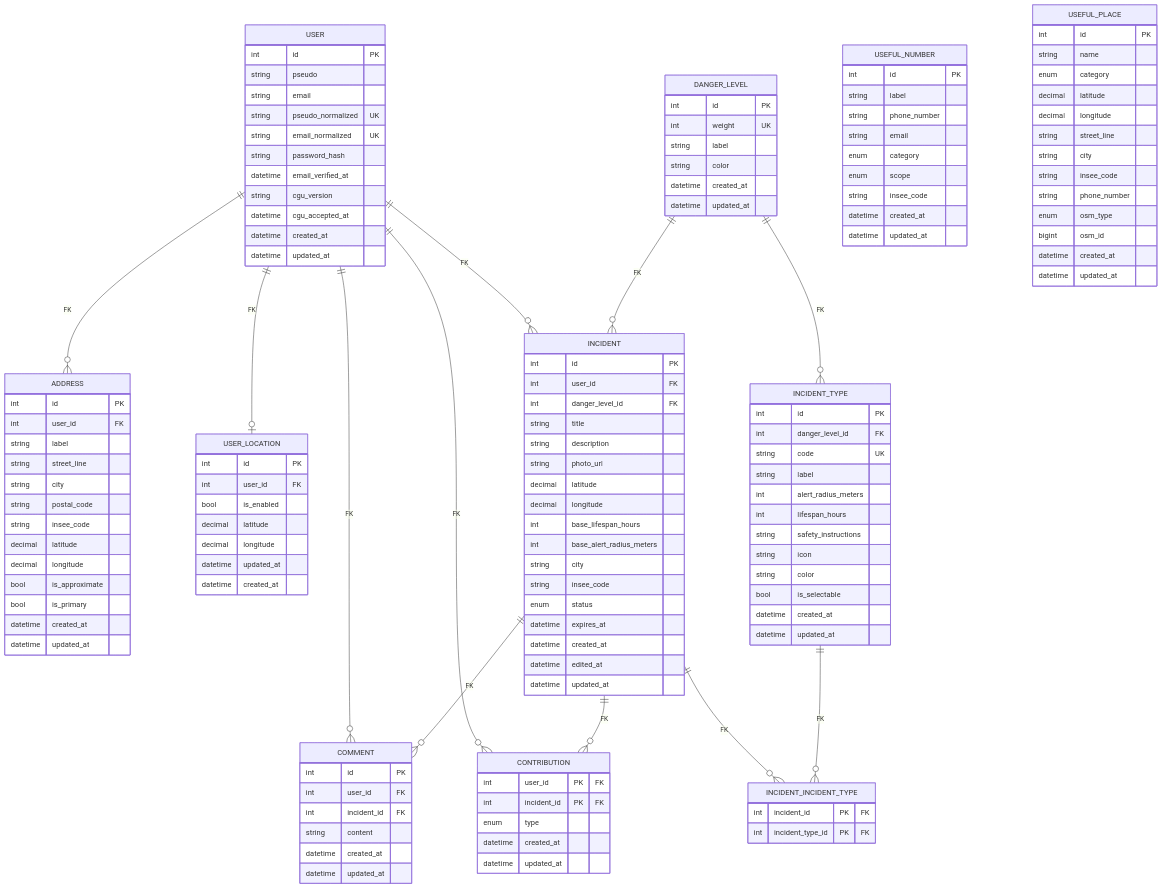
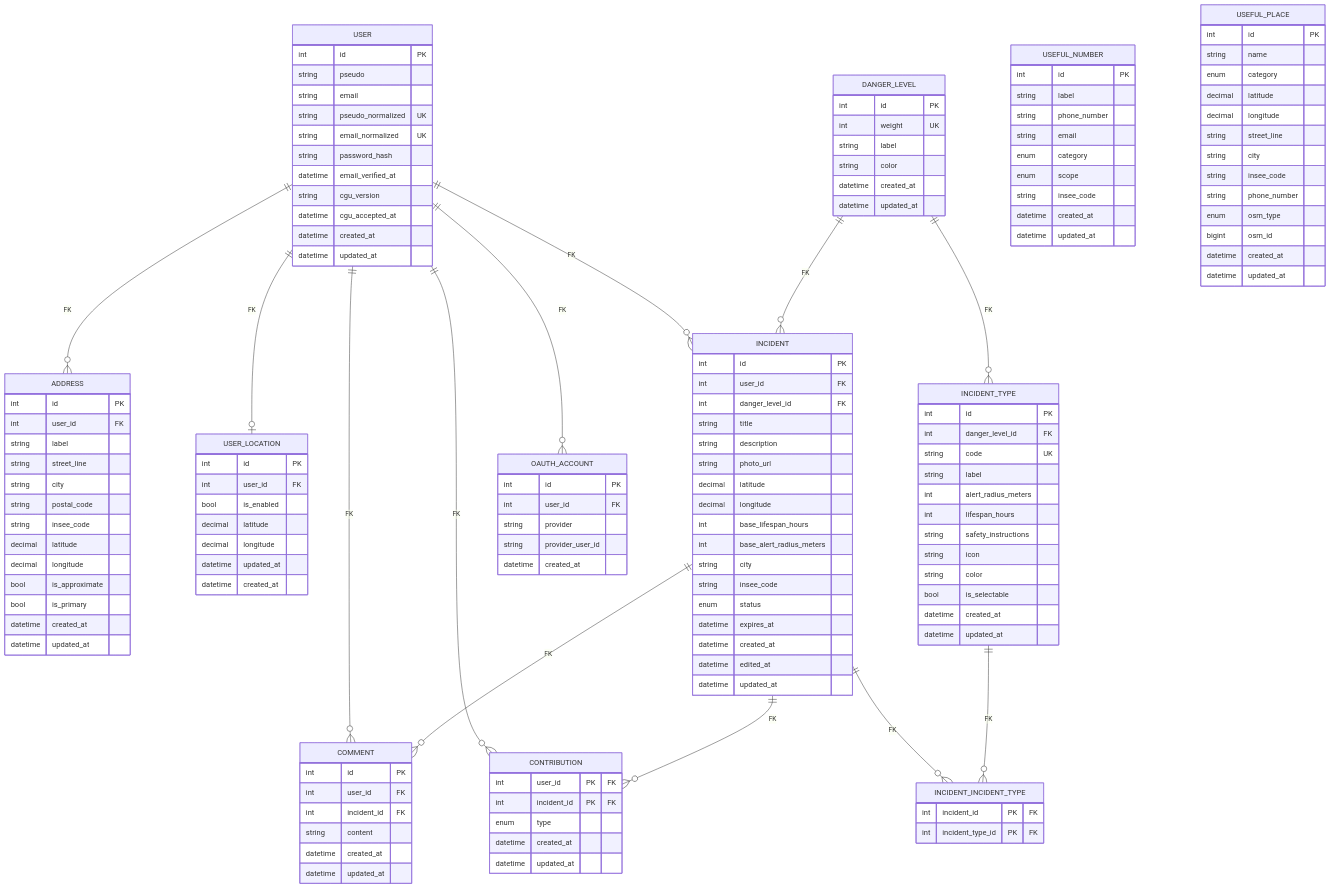
Before and after one commit to WildCodeSchool-2025-09/p3-0526-remote-vigie: the second of 3 diagrams in VIGIE.md, drawn with Mermaid. The commit also changed other lines of this file, not shown here.

First line of the commit message:
(US22) document the oauth_account table in VIGIE.md

```diff
--- a/VIGIE.md
+++ b/VIGIE.md
@@ -250,6 +258,7 @@
     INCIDENT_TYPE ||--o{ INCIDENT_INCIDENT_TYPE : "FK"
     DANGER_LEVEL ||--o{ INCIDENT : "FK"
     DANGER_LEVEL ||--o{ INCIDENT_TYPE : "FK"
+    USER ||--o{ OAUTH_ACCOUNT : "FK"
 
     USER {
         int id PK
@@ -263,6 +272,13 @@
         datetime cgu_accepted_at
         datetime created_at
         datetime updated_at
+    }
+    OAUTH_ACCOUNT {
+        int id PK
+        int user_id FK
+        string provider
+        string provider_user_id
+        datetime created_at
     }
     ADDRESS {
         int id PK
```
